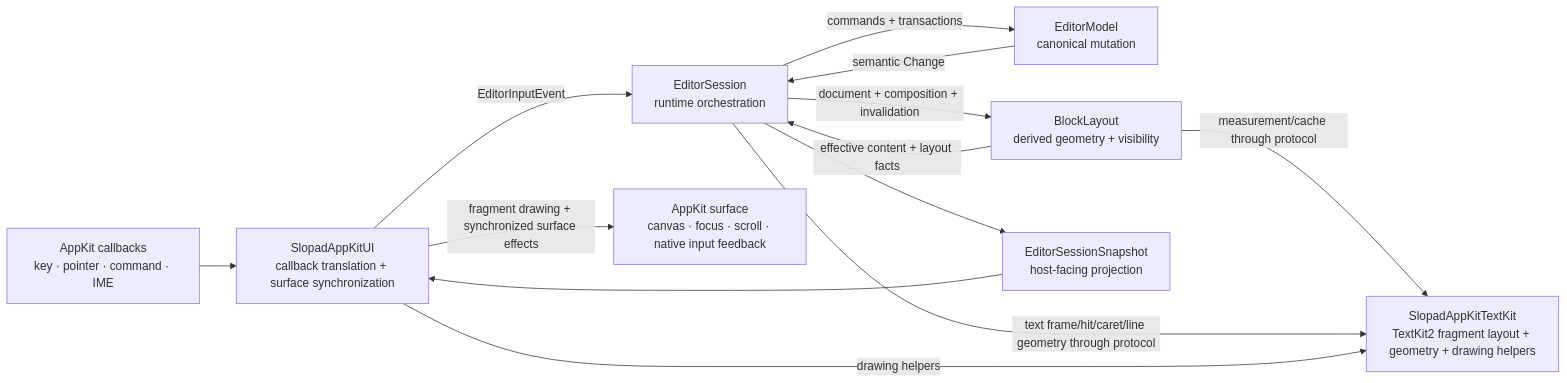
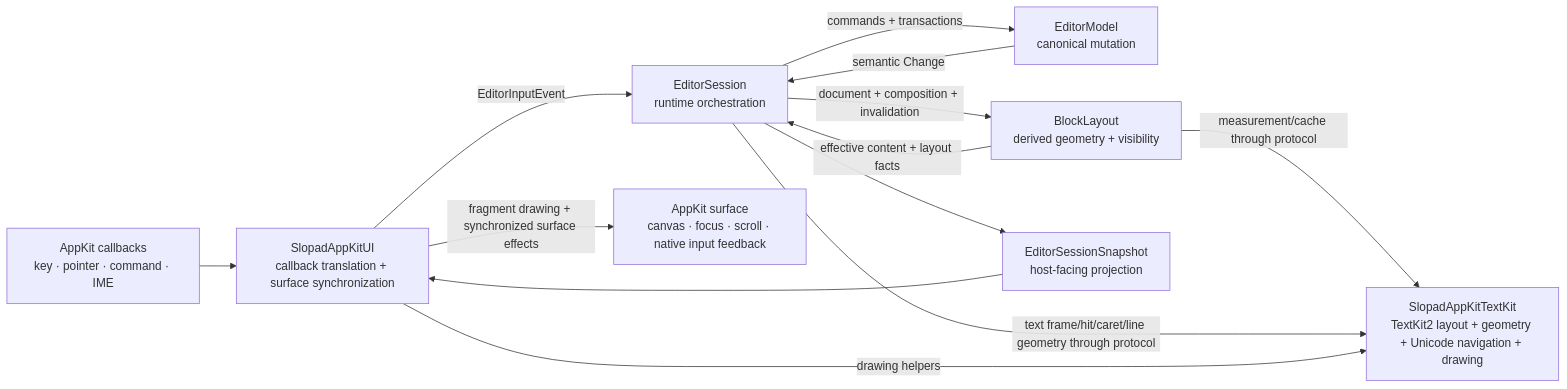
The second of 3 diagrams in docs/ARCHITECTURE.md (hot666666/Slopad), drawn with Mermaid before and after one commit. The commit also changed other lines of this file and 71 other files, not shown here.

Commit message:
feat(engine): route Unicode navigation through text backends

````diff
--- a/docs/ARCHITECTURE.md
+++ b/docs/ARCHITECTURE.md
@@ -68,24 +68,24 @@
 ```mermaid
 flowchart LR
     OS["AppKit callbacks<br/>key · pointer · command · IME"]
     UI["SlopadAppKitUI<br/>callback translation + surface synchronization"]
     Session["EditorSession<br/>runtime orchestration"]
     Model["EditorModel<br/>canonical mutation"]
     Layout["BlockLayout<br/>derived geometry + visibility"]
-    Backend["SlopadAppKitTextKit<br/>TextKit2 fragment layout + geometry + drawing helpers"]
+    Backend["SlopadAppKitTextKit<br/>TextKit2 layout + geometry + Unicode navigation + drawing"]
     Snapshot["EditorSessionSnapshot<br/>host-facing projection"]
     Surface["AppKit surface<br/>canvas · focus · scroll · native input feedback"]
 
     OS --> UI
     UI -->|"EditorInputEvent"| Session
     Session -->|"commands + transactions"| Model
     Model -->|"semantic Change"| Session
     Session -->|"document + composition + invalidation"| Layout
     Layout -->|"effective content + layout facts"| Session
     Layout -->|"measurement/cache through protocol"| Backend
     Session -->|"text frame/hit/caret/line geometry through protocol"| Backend
     Session --> Snapshot
     Snapshot --> UI
     UI -->|"fragment drawing + synchronized surface effects"| Surface
     UI -->|"drawing helpers"| Backend
 ```
````
